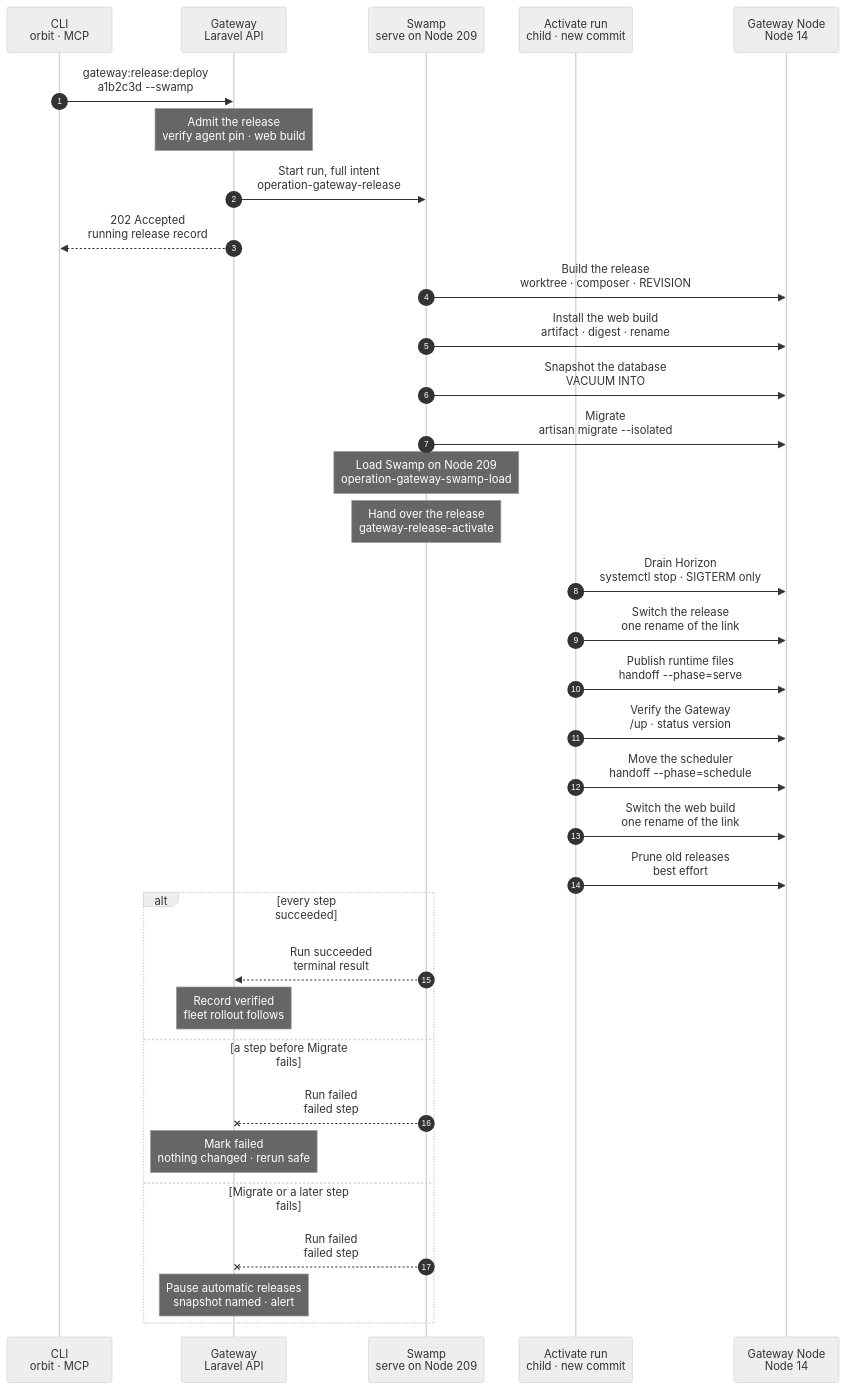
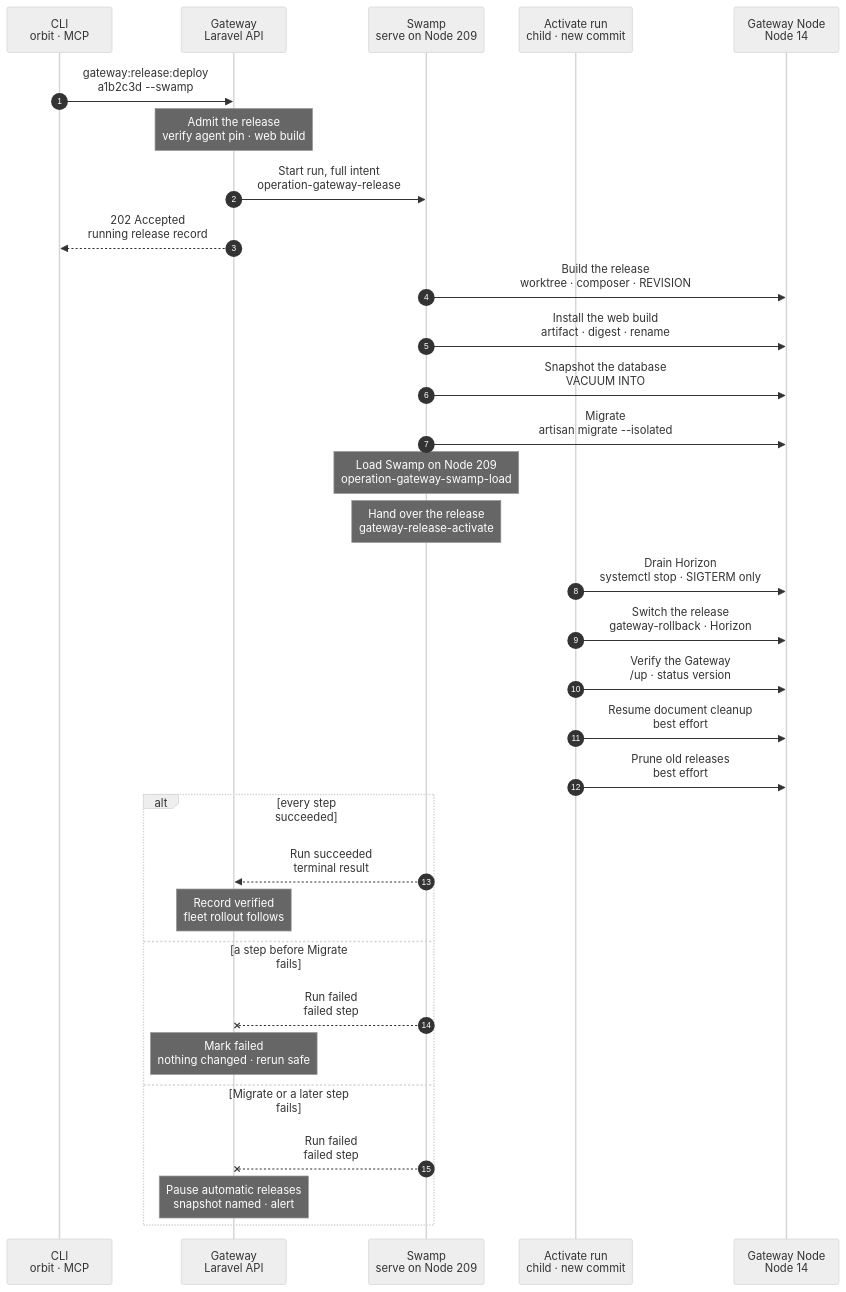
The diagram in docs/cli/gateway/release-deploy.mmd (hardimpactdev/orbit), drawn with Mermaid (neutral theme) before and after one commit. The commit also changed 8 other files, not shown here.

Commit message:
feat(gateway): the release run switches with bin/gateway-rollback instead of the handoff's agent commands (R1b)

```diff
--- a/docs/cli/gateway/release-deploy.mmd
+++ b/docs/cli/gateway/release-deploy.mmd
@@ -1,64 +1,66 @@
 sequenceDiagram
   %% Target design: owner decision 2026-11-03, one Swamp workflow per Gateway release (R1, beside the release unit).
   %% A forward release never switches back: the migration ran, so a later failure pauses. docs/reference/gateway-recovery.md#release-as-a-swamp-run.
   %% status: reviewed
   %% command: gateway:release:deploy --swamp
   %% kind: gateway.release
   %% behavior name: gateway-release-<step>-209 (fixed)
   autonumber
   %% lane TR icon=terminal pill=caller tone=gray
   %% lane GW icon=gateway pill=intent tone=blue
   %% lane SW icon=workflow pill=executes tone=green
   %% lane AC icon=workflow pill=child tone=green
   %% lane GN icon=server pill=target tone=amber
   participant TR as CLI<br/>orbit · MCP
   participant GW as Gateway<br/>Laravel API
   participant SW as Swamp<br/>serve on Node 209
   participant AC as Activate run<br/>child · new commit
   participant GN as Gateway Node<br/>Node 14
   TR->>GW: gateway:release:deploy<br/>a1b2c3d --swamp
   %%> Command:
   %%> - `orbit gateway:release:deploy <full sha> --swamp`
   Note over GW: Admit the release<br/>verify agent pin · web build
   %%> Requirements:
   %%> - the full commit; no other release queued or running; no staged hold
   %%> - the agent pin passes its Sigstore check; CI published the commit's web build
   %%> Result:
   %%> - a running release record; the pin, artifact, Horizon unit and SSH targets frozen as inputs
   GW->>SW: Start run, full intent<br/>operation-gateway-release
   %%> What it does:
   %%> - at run start, mints one read token (contents, actions) into the vault
   GW-->>TR: 202 Accepted<br/>running release record
   SW->>GN: Build the release<br/>worktree · composer · REVISION
   %%> What it does:
   %%> - fetches the commit, refuses one that does not descend from the current release
   %%> - links shared env and storage, installs dependencies, seals with `REVISION` and a cached config
   %%> - a sealed release of the commit is reused
   SW->>GN: Install the web build<br/>artifact · digest · rename
   SW->>GN: Snapshot the database<br/>VACUUM INTO
   SW->>GN: Migrate<br/>artisan migrate --isolated
   %%> On failure:
   %%> - from here, the release pauses with the old release live
   Note over SW: Load Swamp on Node 209<br/>operation-gateway-swamp-load
   %%> What it does:
   %%> - the load child: checkout, grants the new release rendered, serve reload
   Note over SW: Hand over the release<br/>gateway-release-activate
   %%> Why:
   %%> - the child runs from the definition the load installed, so the switch runs the new commit's steps
   AC->>GN: Drain Horizon<br/>systemctl stop · SIGTERM only
-  AC->>GN: Switch the release<br/>one rename of the link
-  AC->>GN: Publish runtime files<br/>handoff --phase=serve
+  AC->>GN: Switch the release<br/>gateway-rollback · Horizon
+  %%> Why:
+  %%> - the same script an operator rolls back with: links, PHP-FPM reload, running services restart
   AC->>GN: Verify the Gateway<br/>/up · status version
-  AC->>GN: Move the scheduler<br/>handoff --phase=schedule
-  AC->>GN: Switch the web build<br/>one rename of the link
+  AC->>GN: Resume document cleanup<br/>best effort
+  %%> Why:
+  %%> - the scheduler restart paused the release cleanups; one that stays paused never fails the release
   AC->>GN: Prune old releases<br/>best effort
   alt every step succeeded
     SW-->>GW: Run succeeded<br/>terminal result
     Note over GW: Record verified<br/>fleet rollout follows
   else a step before Migrate fails
     SW--xGW: Run failed<br/>failed step
     Note over GW: Mark failed<br/>nothing changed · rerun safe
   else Migrate or a later step fails
     SW--xGW: Run failed<br/>failed step
     Note over GW: Pause automatic releases<br/>snapshot named · alert
   end
```
